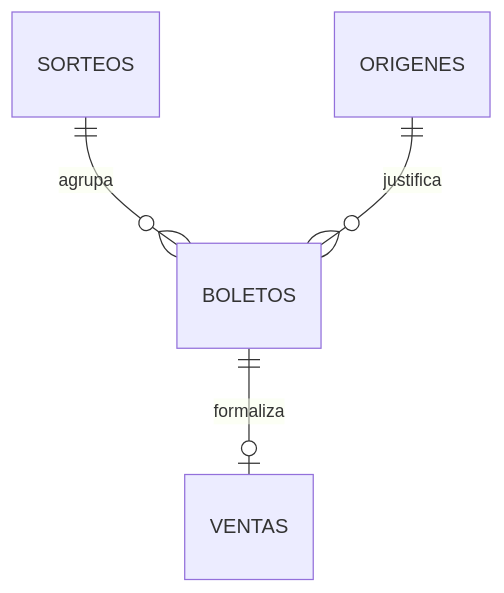
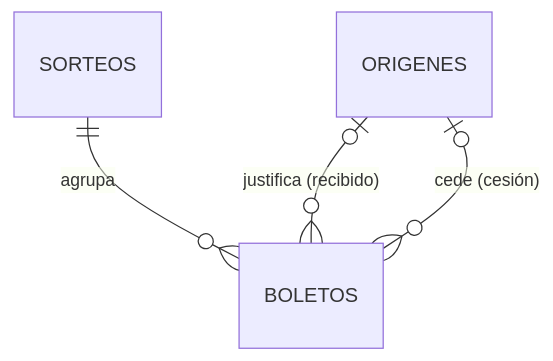
The diagram in docs/estructura-base-datos.md (PedroSoler10/loteria-mercat-de-colon), drawn with Mermaid before and after one commit. The commit also changed other lines of this file and 4 other files, not shown here.

````diff
--- a/docs/estructura-base-datos.md
+++ b/docs/estructura-base-datos.md
@@ -50,6 +53,6 @@
 ```mermaid
 erDiagram
     SORTEOS ||--o{ BOLETOS : agrupa
-    ORIGENES ||--o{ BOLETOS : justifica
-    BOLETOS ||--o| VENTAS : formaliza
+    ORIGENES |o--o{ BOLETOS : "justifica (recibido)"
+    ORIGENES |o--o{ BOLETOS : "cede (cesión)"
 ```
````
